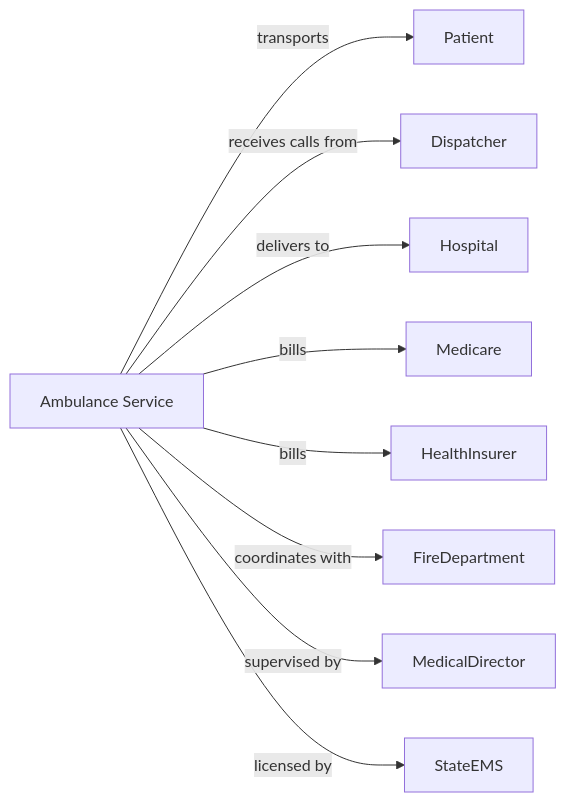
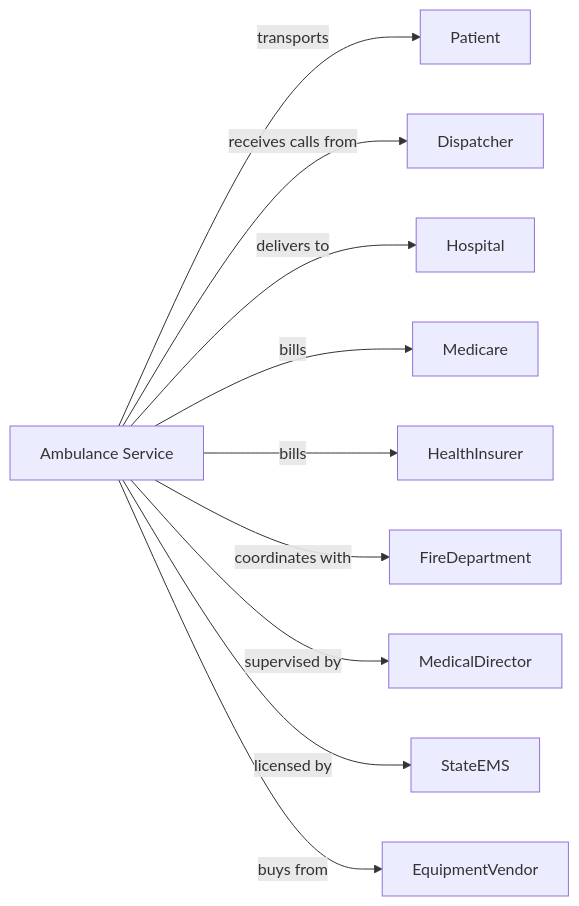
Before and after one commit to dot-org-ai/industries.org.ai: the second of 2 diagrams in HealthCare/AmbulatoryHealthCareServices/OtherAmbulatoryHealthCareServices/AmbulanceServices.mdx, drawn with Mermaid. The commit also changed other lines of this file and 588 other files, not shown here.

````diff
--- a/HealthCare/AmbulatoryHealthCareServices/OtherAmbulatoryHealthCareServices/AmbulanceServices.mdx
+++ b/HealthCare/AmbulatoryHealthCareServices/OtherAmbulatoryHealthCareServices/AmbulanceServices.mdx
@@ -144,13 +144,14 @@
 ```mermaid
 graph LR
     A[Ambulance Service]
 
     A -->|transports| Patient
     A -->|receives calls from| Dispatcher
     A -->|delivers to| Hospital
     A -->|bills| Medicare
     A -->|bills| HealthInsurer
     A -->|coordinates with| FireDepartment
     A -->|supervised by| MedicalDirector
     A -->|licensed by| StateEMS
+    A -->|buys from| EquipmentVendor
 ```
````
